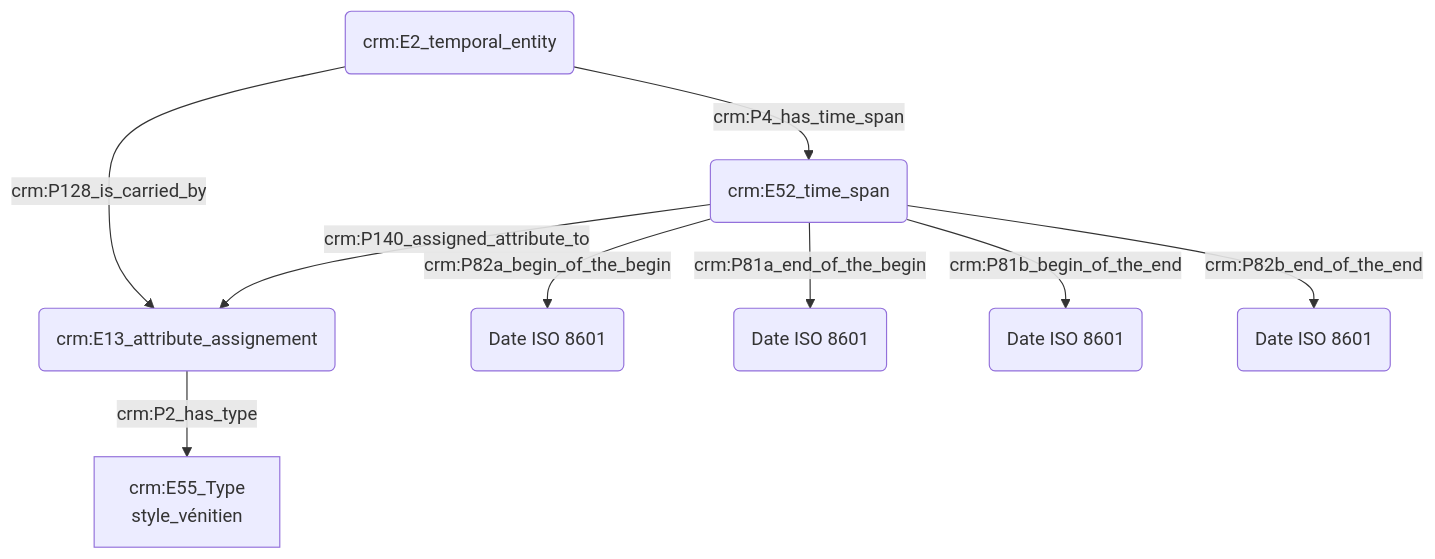
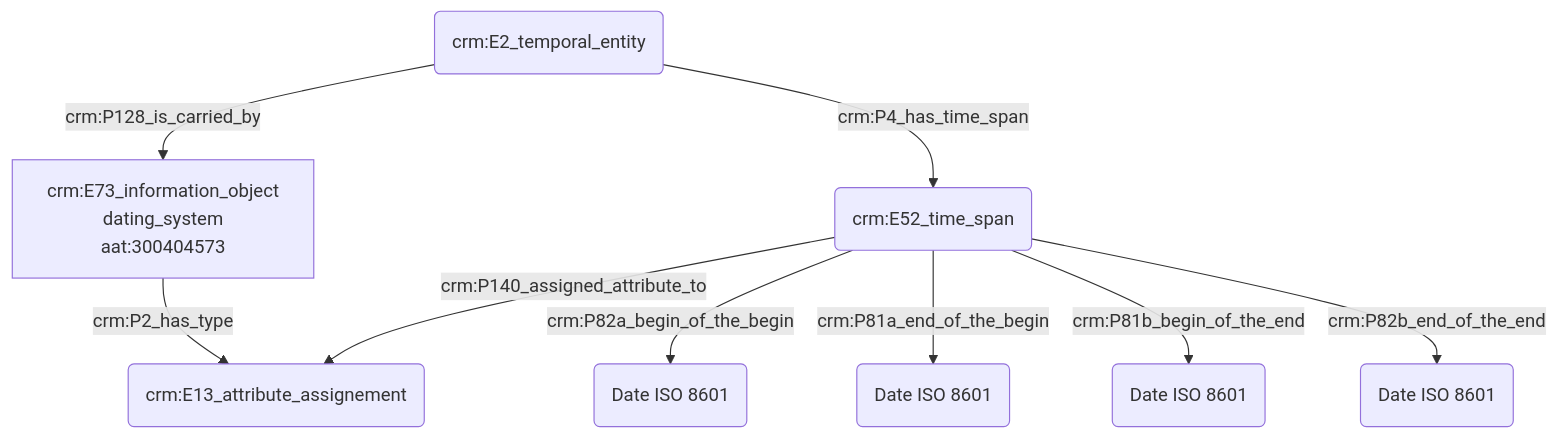
The diagram in modules/livrables/Dossier 2/Datation/expression d'une date initialement présentée dans un autre référentiel calendaire.md (Amleth/consortium-musica2-gt2-ontologies), drawn with Mermaid before and after one commit.

Commit message:
Update expression d'une date initialement présentée dans un autre référentiel calendaire.md

````diff
--- a/modules/livrables/Dossier 2/Datation/expression d'une date initialement présentée dans un autre référentiel calendaire.md
+++ b/modules/livrables/Dossier 2/Datation/expression d'une date initialement présentée dans un autre référentiel calendaire.md
@@ -15,12 +15,12 @@
 ```mermaid
 graph TD;
 
 A(crm:E2_temporal_entity) --> |crm:P128_is_carried_by| G[crm:E73_information_object<br>dating_system<br>aat:300404573]
 G[crm:E73_information_object<br>dating_system<br>aat:300404573] --> |crm:P2_has_type| H[crm:E55_Type<br>style_vénitien]
 A(crm:E2_temporal_entity) --> |crm:P4_has_time_span| B(crm:E52_time_span)
 B(crm:E52_time_span) --> |crm:P82a_begin_of_the_begin| C("Date ISO 8601")
 B(crm:E52_time_span) --> |crm:P81a_end_of_the_begin| D("Date ISO 8601")
 B(crm:E52_time_span) --> |crm:P81b_begin_of_the_end| E("Date ISO 8601")
 B(crm:E52_time_span) --> |crm:P82b_end_of_the_end| F("Date ISO 8601")
-B(crm:E52_time_span) --> |crm:P140_assigned_attribute_to| G(crm:E13_attribute_assignement)
+B(crm:E52_time_span) --> |crm:P140_assigned_attribute_to| H(crm:E13_attribute_assignement)
 ```
````
